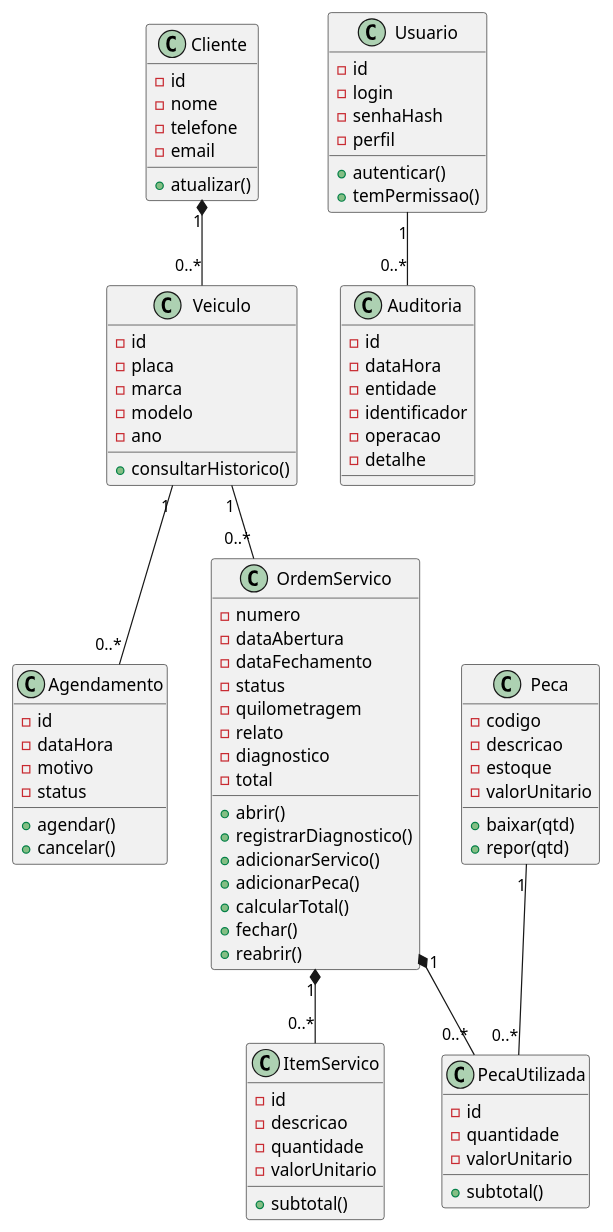
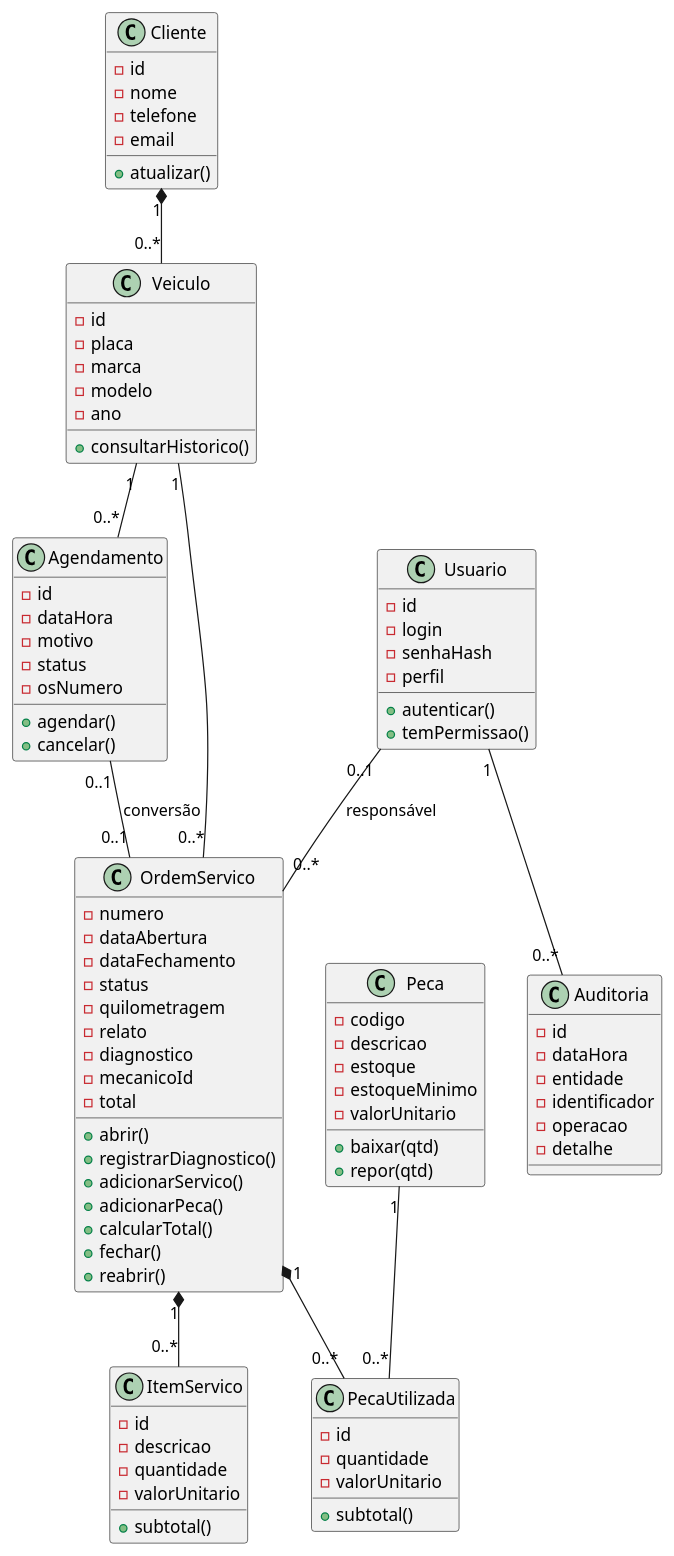
One commit to jeffbm/revisao-projeto-software-ufbra changed the diagram in doc/uml/classes.puml. Above: the diagram before and after it, drawn with PlantUML. The commit also changed 53 other files, not shown here.

```diff
--- a/doc/uml/classes.puml
+++ b/doc/uml/classes.puml
@@ -1,95 +1,100 @@
 @startuml
 class Cliente {
   -id
   -nome
   -telefone
   -email
   +atualizar()
 }
 
 class Veiculo {
   -id
   -placa
   -marca
   -modelo
   -ano
   +consultarHistorico()
 }
 
 class Agendamento {
   -id
   -dataHora
   -motivo
   -status
+  -osNumero
   +agendar()
   +cancelar()
 }
 
 class OrdemServico {
   -numero
   -dataAbertura
   -dataFechamento
   -status
   -quilometragem
   -relato
   -diagnostico
+  -mecanicoId
   -total
   +abrir()
   +registrarDiagnostico()
   +adicionarServico()
   +adicionarPeca()
   +calcularTotal()
   +fechar()
   +reabrir()
 }
 
 class ItemServico {
   -id
   -descricao
   -quantidade
   -valorUnitario
   +subtotal()
 }
 
 class Peca {
   -codigo
   -descricao
   -estoque
+  -estoqueMinimo
   -valorUnitario
   +baixar(qtd)
   +repor(qtd)
 }
 
 class PecaUtilizada {
   -id
   -quantidade
   -valorUnitario
   +subtotal()
 }
 
 class Usuario {
   -id
   -login
   -senhaHash
   -perfil
   +autenticar()
   +temPermissao()
 }
 
 class Auditoria {
   -id
   -dataHora
   -entidade
   -identificador
   -operacao
   -detalhe
 }
 
 Cliente "1" *-- "0..*" Veiculo
 Veiculo "1" -- "0..*" Agendamento
 Veiculo "1" -- "0..*" OrdemServico
 OrdemServico "1" *-- "0..*" ItemServico
 OrdemServico "1" *-- "0..*" PecaUtilizada
 Peca "1" -- "0..*" PecaUtilizada
 Usuario "1" -- "0..*" Auditoria
+Usuario "0..1" -- "0..*" OrdemServico : responsável
+Agendamento "0..1" -- "0..1" OrdemServico : conversão
 @enduml
```
